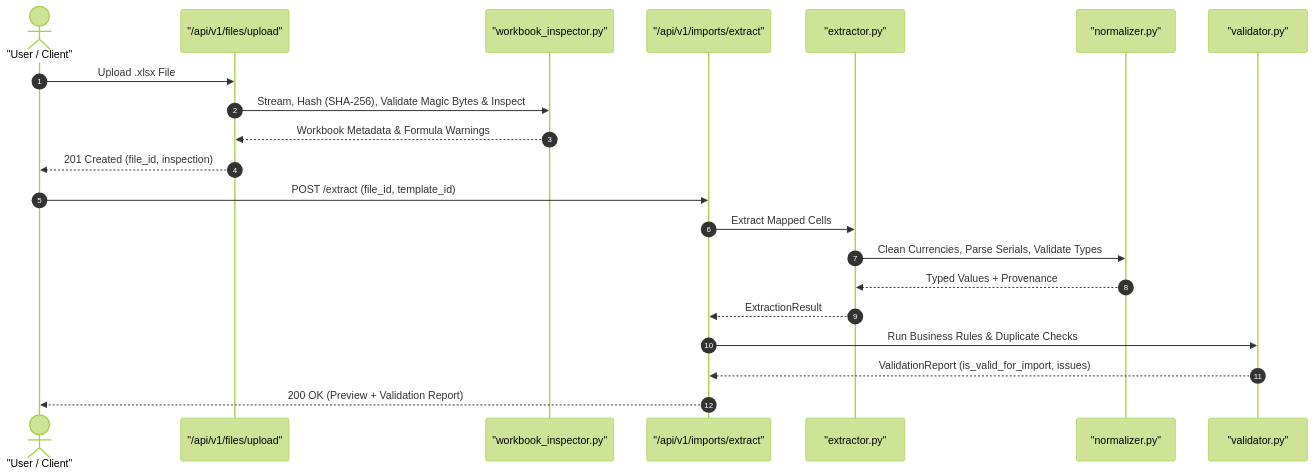
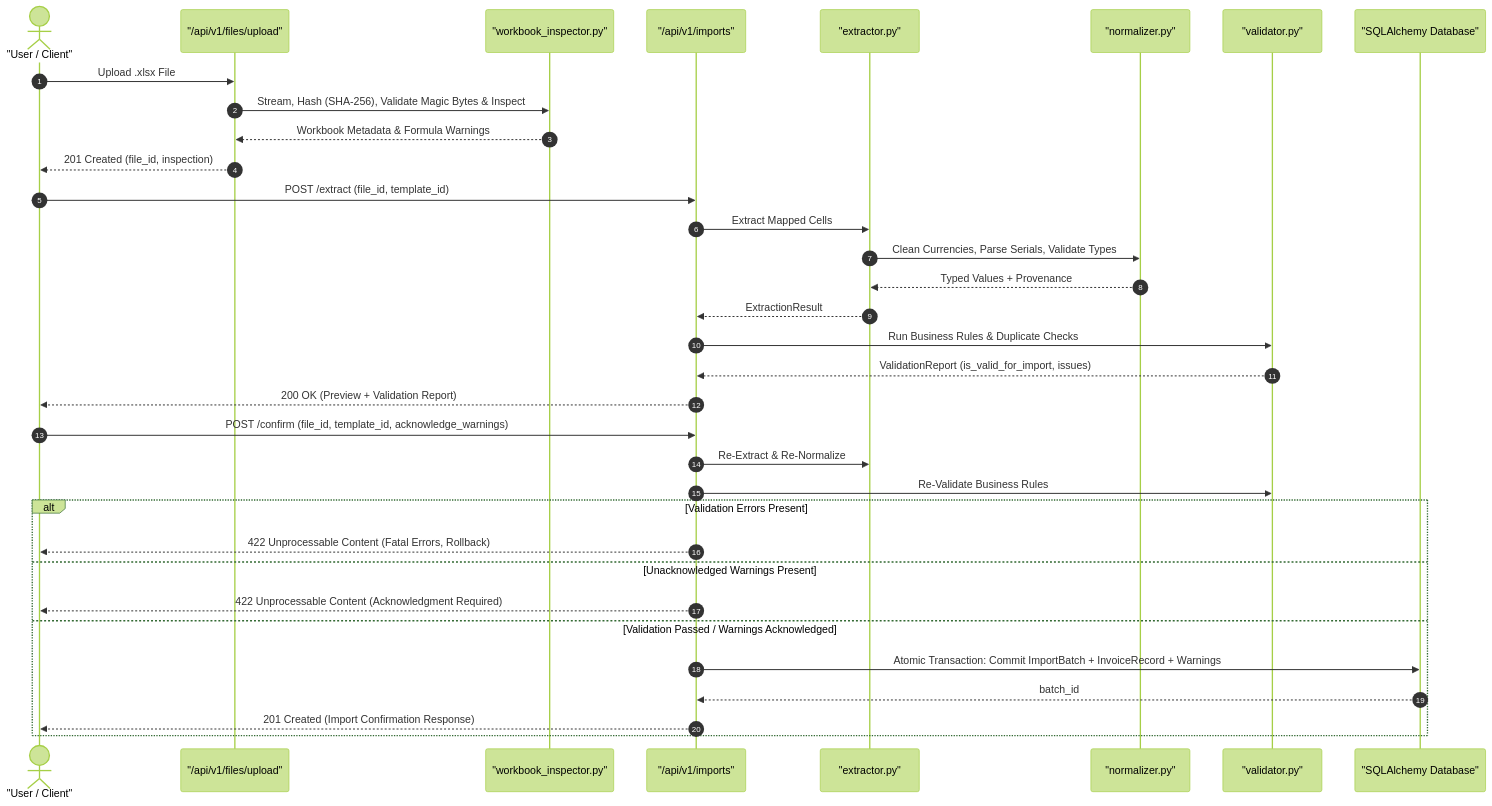
The second of 2 diagrams in README.md (yewzhihao3/DataBridge), drawn with Mermaid (forest theme) before and after one commit. The commit also changed other lines of this file and 6 other files, not shown here.

Commit message:
feat(imports): implement Milestone 5 import confirmation, transactional persistence, and history endpoints

````diff
--- a/README.md
+++ b/README.md
@@ -127,25 +137,39 @@
 ```mermaid
 sequenceDiagram
     autonumber
     actor User as "User / Client"
     participant FilesAPI as "/api/v1/files/upload"
     participant Inspector as "workbook_inspector.py"
-    participant ImportsAPI as "/api/v1/imports/extract"
+    participant ImportsAPI as "/api/v1/imports"
     participant Extractor as "extractor.py"
     participant Normalizer as "normalizer.py"
     participant Validator as "validator.py"
+    participant DB as "SQLAlchemy Database"
 
     User->>FilesAPI: Upload .xlsx File
     FilesAPI->>Inspector: Stream, Hash (SHA-256), Validate Magic Bytes & Inspect
     Inspector-->>FilesAPI: Workbook Metadata & Formula Warnings
     FilesAPI-->>User: 201 Created (file_id, inspection)
 
     User->>ImportsAPI: POST /extract (file_id, template_id)
     ImportsAPI->>Extractor: Extract Mapped Cells
     Extractor->>Normalizer: Clean Currencies, Parse Serials, Validate Types
     Normalizer-->>Extractor: Typed Values + Provenance
     Extractor-->>ImportsAPI: ExtractionResult
     ImportsAPI->>Validator: Run Business Rules & Duplicate Checks
     Validator-->>ImportsAPI: ValidationReport (is_valid_for_import, issues)
     ImportsAPI-->>User: 200 OK (Preview + Validation Report)
+
+    User->>ImportsAPI: POST /confirm (file_id, template_id, acknowledge_warnings)
+    ImportsAPI->>Extractor: Re-Extract & Re-Normalize
+    ImportsAPI->>Validator: Re-Validate Business Rules
+    alt Validation Errors Present
+        ImportsAPI-->>User: 422 Unprocessable Content (Fatal Errors, Rollback)
+    else Unacknowledged Warnings Present
+        ImportsAPI-->>User: 422 Unprocessable Content (Acknowledgment Required)
+    else Validation Passed / Warnings Acknowledged
+        ImportsAPI->>DB: Atomic Transaction: Commit ImportBatch + InvoiceRecord + Warnings
+        DB-->>ImportsAPI: batch_id
+        ImportsAPI-->>User: 201 Created (Import Confirmation Response)
+    end
 ```
````
